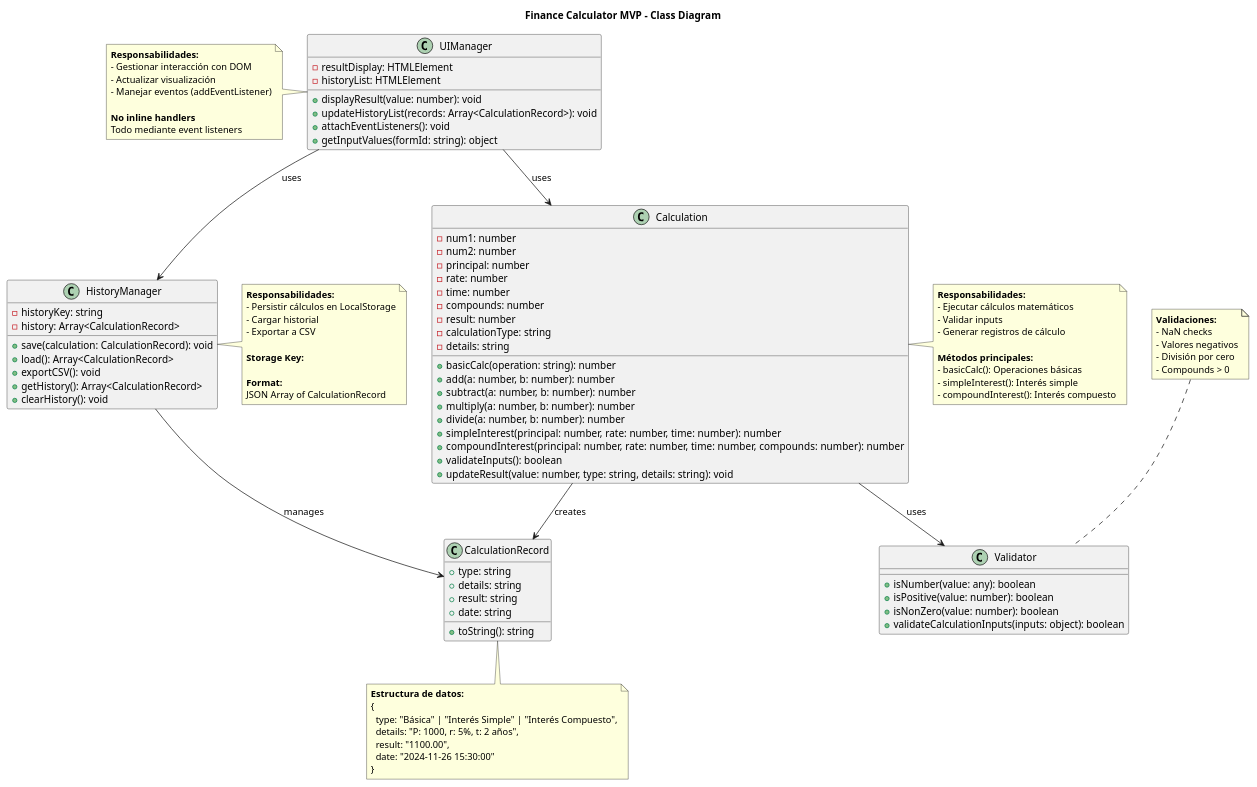
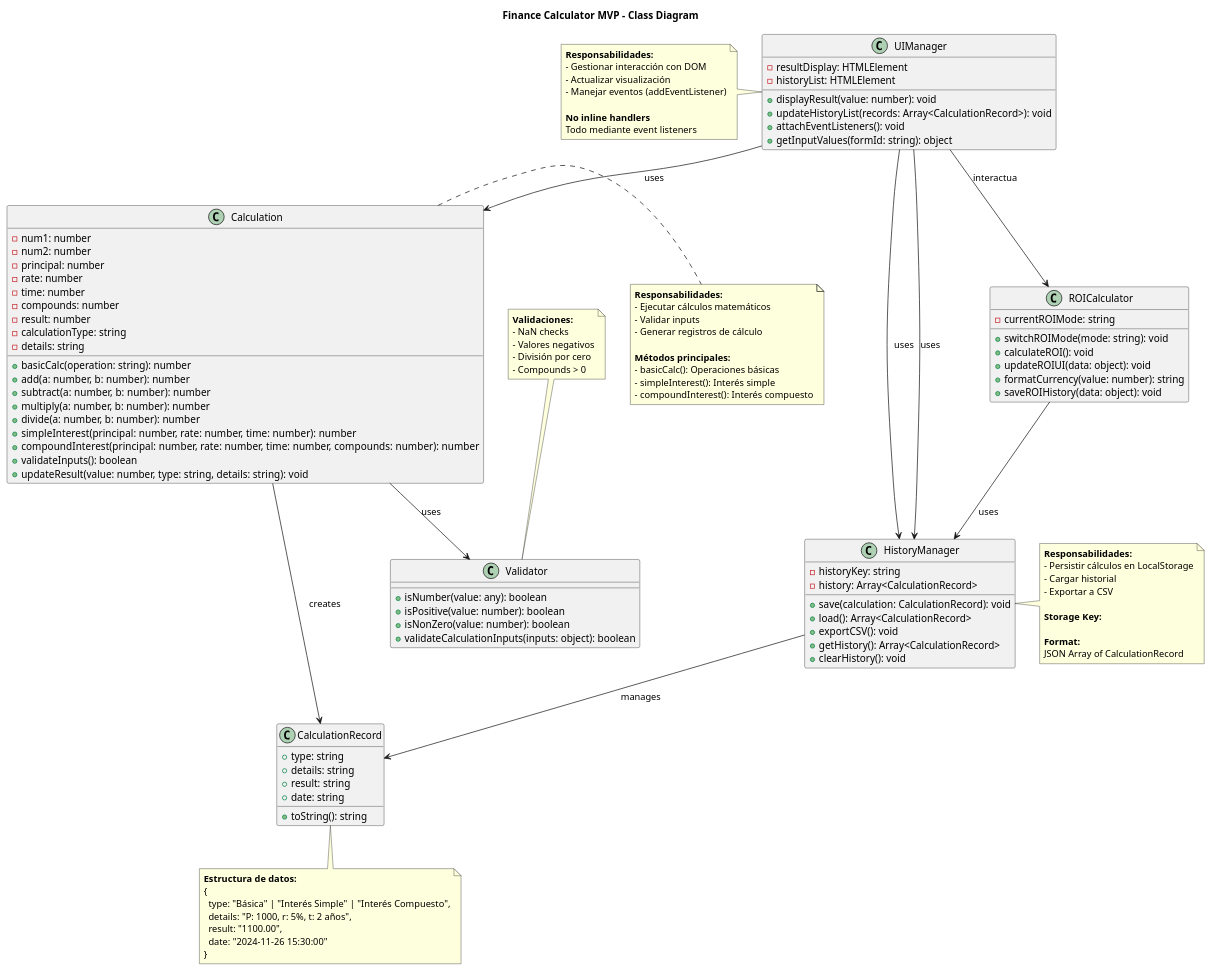
Before and after one commit to PSM545917/Finance-Calculator: the diagram in docs/class-diagram.puml, drawn with PlantUML. The commit also changed 2 other files, not shown here.

Commit message:
docs: update architecture diagrams with ROI logic

```diff
--- a/docs/class-diagram.puml
+++ b/docs/class-diagram.puml
@@ -1,130 +1,144 @@
 @startuml Finance Calculator - Class Diagram
 
 title Finance Calculator MVP - Class Diagram
 
 ' Clase principal de Cálculos
 class Calculation {
     - num1: number
     - num2: number
     - principal: number
     - rate: number
     - time: number
     - compounds: number
     - result: number
     - calculationType: string
     - details: string
     
     + basicCalc(operation: string): number
     + add(a: number, b: number): number
     + subtract(a: number, b: number): number
     + multiply(a: number, b: number): number
     + divide(a: number, b: number): number
     + simpleInterest(principal: number, rate: number, time: number): number
     + compoundInterest(principal: number, rate: number, time: number, compounds: number): number
     + validateInputs(): boolean
     + updateResult(value: number, type: string, details: string): void
+}
+
+' Clase de ROI
+class ROICalculator {
+    - currentROIMode: string
+    
+    + switchROIMode(mode: string): void
+    + calculateROI(): void
+    + updateROIUI(data: object): void
+    + formatCurrency(value: number): string
+    + saveROIHistory(data: object): void
 }
 
 ' Clase de Gestión de Historial
 class HistoryManager {
     - historyKey: string
     - history: Array<CalculationRecord>
     
     + save(calculation: CalculationRecord): void
     + load(): Array<CalculationRecord>
     + exportCSV(): void
     + getHistory(): Array<CalculationRecord>
     + clearHistory(): void
 }
 
 ' Clase de Registro de Cálculo
 class CalculationRecord {
     + type: string
     + details: string
     + result: string
     + date: string
     
     + toString(): string
 }
 
 ' Clase de UI Manager
 class UIManager {
     - resultDisplay: HTMLElement
     - historyList: HTMLElement
     
     + displayResult(value: number): void
     + updateHistoryList(records: Array<CalculationRecord>): void
     + attachEventListeners(): void
     + getInputValues(formId: string): object
 }
 
 ' Clase de Validación
 class Validator {
     + isNumber(value: any): boolean
     + isPositive(value: number): boolean
     + isNonZero(value: number): boolean
     + validateCalculationInputs(inputs: object): boolean
 }
 
 ' Relaciones entre clases
 Calculation --> CalculationRecord : creates
 HistoryManager --> CalculationRecord : manages
 UIManager --> Calculation : uses
 UIManager --> HistoryManager : uses
+UIManager --> HistoryManager : uses
 Calculation --> Validator : uses
+UIManager --> ROICalculator : interactua
+ROICalculator --> HistoryManager : uses
 
 ' Notas explicativas
 note right of Calculation
   **Responsabilidades:**
   - Ejecutar cálculos matemáticos
   - Validar inputs
   - Generar registros de cálculo
   
   **Métodos principales:**
   - basicCalc(): Operaciones básicas
   - simpleInterest(): Interés simple
   - compoundInterest(): Interés compuesto
 end note
 
 note right of HistoryManager
   **Responsabilidades:**
   - Persistir cálculos en LocalStorage
   - Cargar historial
   - Exportar a CSV
   
   **Storage Key:**
   'finance_calculator_history'
   
   **Format:**
   JSON Array of CalculationRecord
 end note
 
 note bottom of CalculationRecord
   **Estructura de datos:**
   {
     type: "Básica" | "Interés Simple" | "Interés Compuesto",
     details: "P: 1000, r: 5%, t: 2 años",
     result: "1100.00",
     date: "2024-11-26 15:30:00"
   }
 end note
 
 note left of UIManager
   **Responsabilidades:**
   - Gestionar interacción con DOM
   - Actualizar visualización
   - Manejar eventos (addEventListener)
   
   **No inline handlers**
   Todo mediante event listeners
 end note
 
 note top of Validator
   **Validaciones:**
   - NaN checks
   - Valores negativos
   - División por cero
   - Compounds > 0
 end note
 
 @enduml
```
